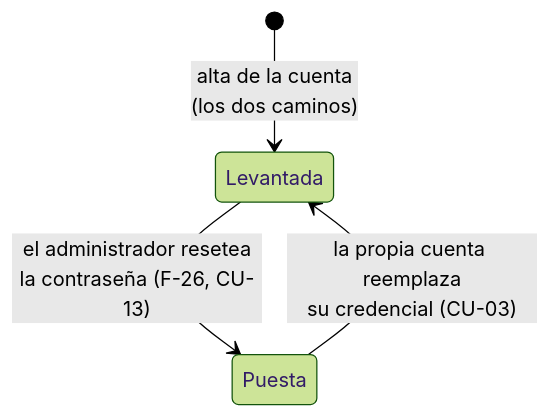
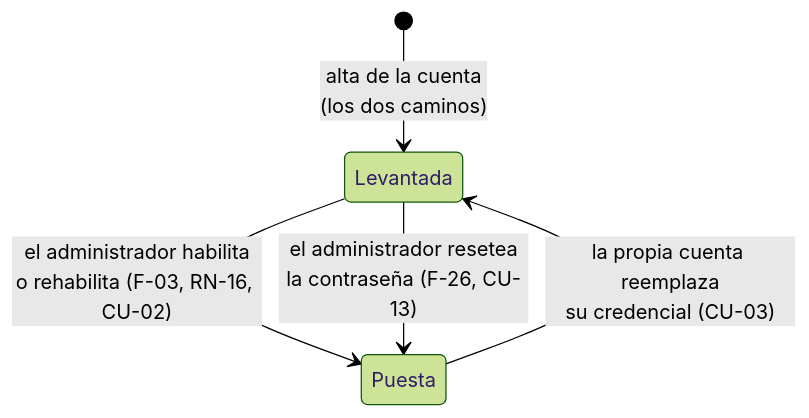
The fourth of 4 diagrams in SDD/Docs/Proyectos/GeometriaFactory-Domain/02-Especificacion-Funcional/Definicion-Modelo-De-Dominio.md (hdcm-dev/Lab-Geometria), drawn with Mermaid (forest theme) before and after one commit. The commit also changed other lines of this file and 82 other files, not shown here.

````diff
--- a/SDD/Docs/Proyectos/GeometriaFactory-Domain/02-Especificacion-Funcional/Definicion-Modelo-De-Dominio.md
+++ b/SDD/Docs/Proyectos/GeometriaFactory-Domain/02-Especificacion-Funcional/Definicion-Modelo-De-Dominio.md
@@ -323,6 +326,7 @@
 ```mermaid
 stateDiagram-v2
     [*] --> Levantada: alta de la cuenta<br/>(los dos caminos)
+    Levantada --> Puesta: el administrador habilita<br/>o rehabilita (F-03, RN-16, CU-02)
     Levantada --> Puesta: el administrador resetea<br/>la contraseña (F-26, CU-13)
     Puesta --> Levantada: la propia cuenta reemplaza<br/>su credencial (CU-03)
 ```
````
